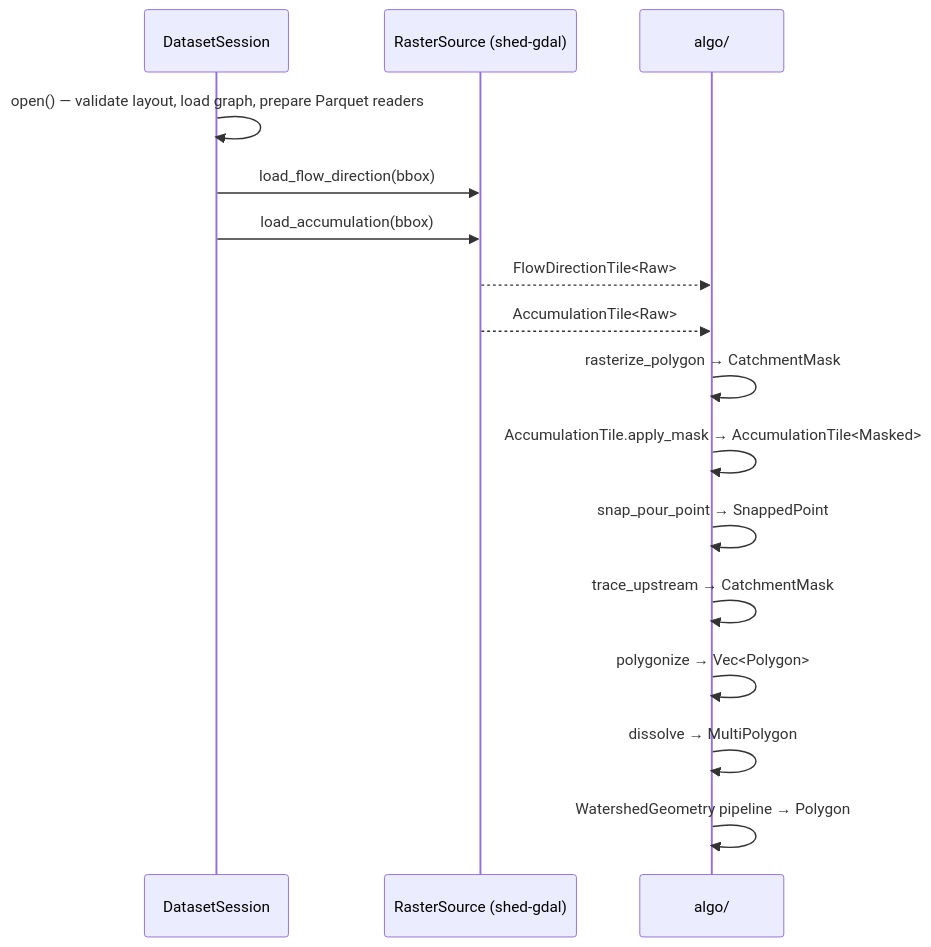
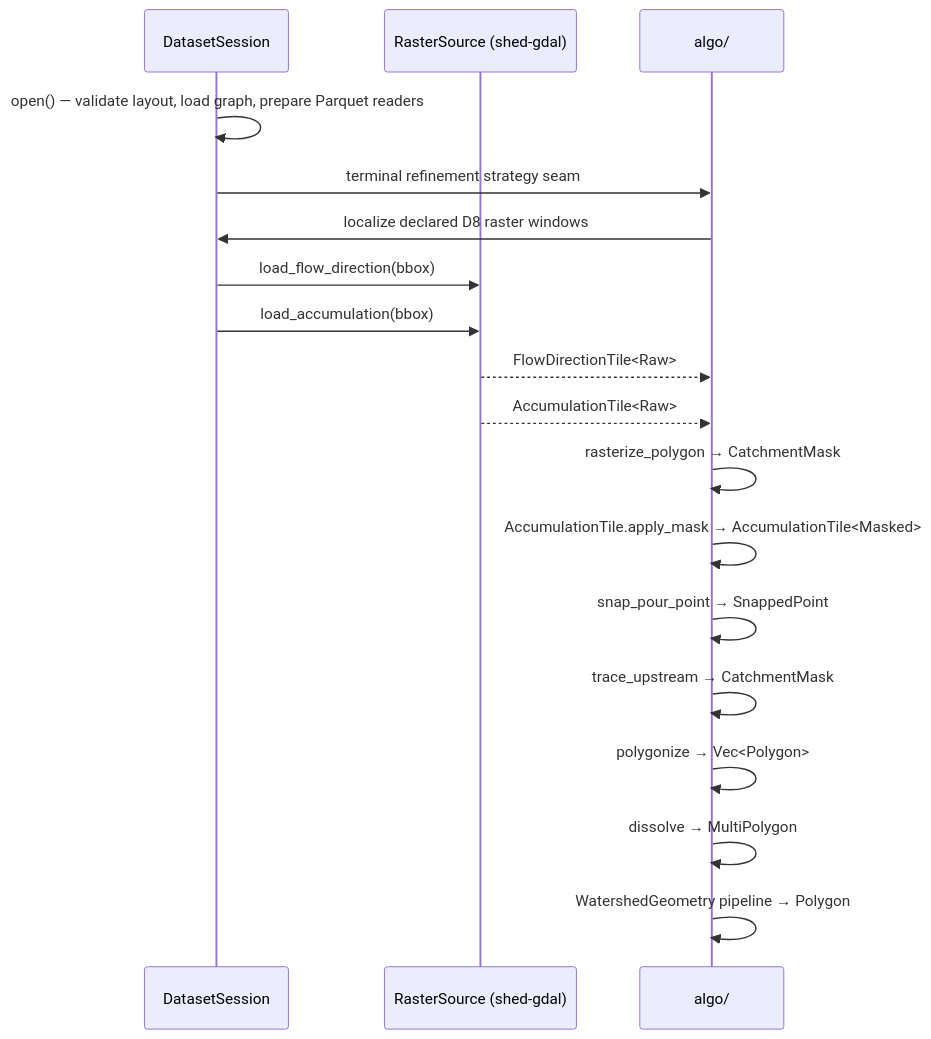
Before and after one commit to CooperBigFoot/shed: the third of 3 diagrams in crates/core/README.md, drawn with Mermaid. The commit also changed other lines of this file and 10 other files, not shown here.

Commit message:
feat(core): define d8 refinement strategy contract

````diff
--- a/crates/core/README.md
+++ b/crates/core/README.md
@@ -98,19 +103,21 @@
 ```mermaid
 sequenceDiagram
     participant S as DatasetSession
     participant T as RasterSource (shed-gdal)
     participant A as algo/
 
     S->>S: open() — validate layout, load graph, prepare Parquet readers
+    S->>A: terminal refinement strategy seam
+    A->>S: localize declared D8 raster windows
     S->>T: load_flow_direction(bbox)
     S->>T: load_accumulation(bbox)
     T-->>A: FlowDirectionTile<Raw>
     T-->>A: AccumulationTile<Raw>
     A->>A: rasterize_polygon → CatchmentMask
     A->>A: AccumulationTile.apply_mask → AccumulationTile<Masked>
     A->>A: snap_pour_point → SnappedPoint
     A->>A: trace_upstream → CatchmentMask
     A->>A: polygonize → Vec<Polygon>
     A->>A: dissolve → MultiPolygon
     A->>A: WatershedGeometry pipeline → Polygon
 ```
````
